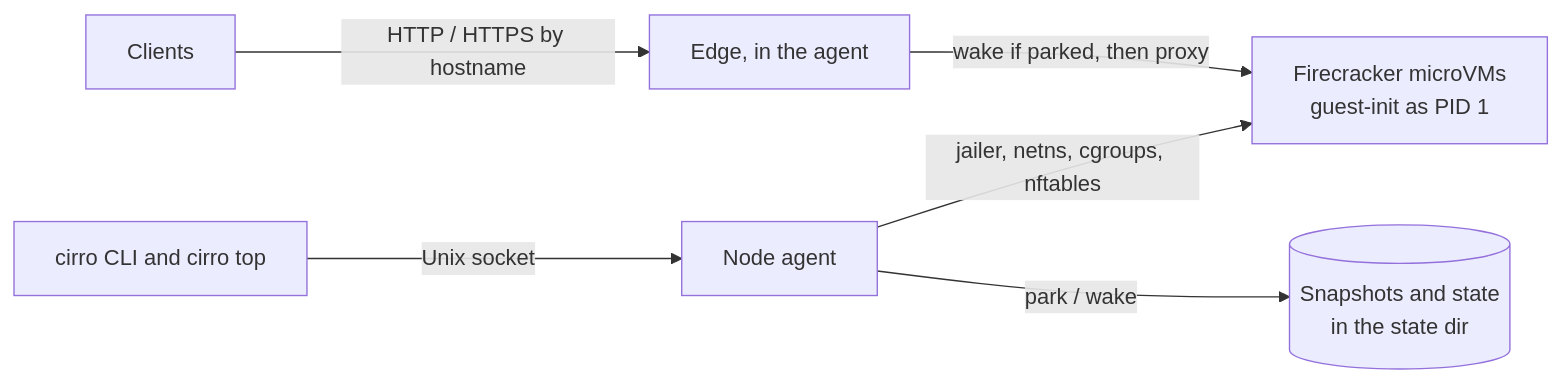
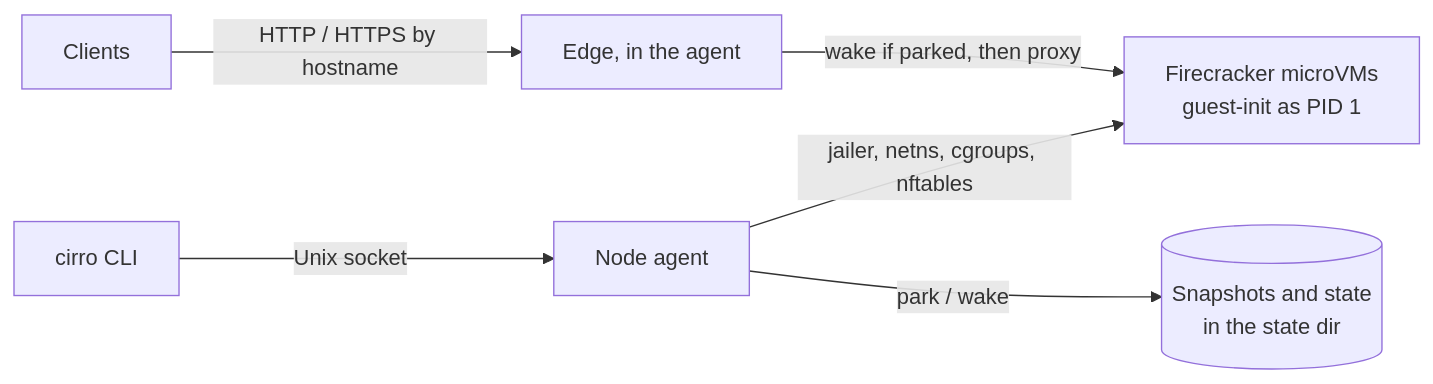
One commit to ejorr53040/cirrocumulus changed the diagram in README.md. Above: the diagram before and after it, drawn with Mermaid. The commit also changed other lines of this file and 18 other files, not shown here.

First line of the commit message:
Drop the live cirro top dashboard; The Loam is the UI

````diff
--- a/README.md
+++ b/README.md
@@ -48,8 +45,8 @@
 ```mermaid
 flowchart LR
-    U[cirro CLI and cirro top] -- Unix socket --> A[Node agent]
+    U[cirro CLI] -- Unix socket --> A[Node agent]
     C[Clients] -- HTTP / HTTPS by hostname --> E[Edge, in the agent]
     E -- wake if parked, then proxy --> V
     A -- jailer, netns, cgroups, nftables --> V[Firecracker microVMs<br/>guest-init as PID 1]
     A -- park / wake --> S[(Snapshots and state<br/>in the state dir)]
 ```
````
